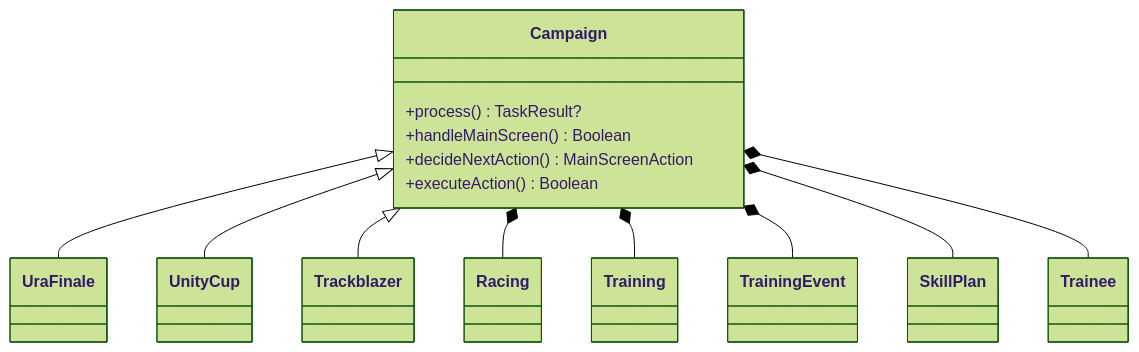
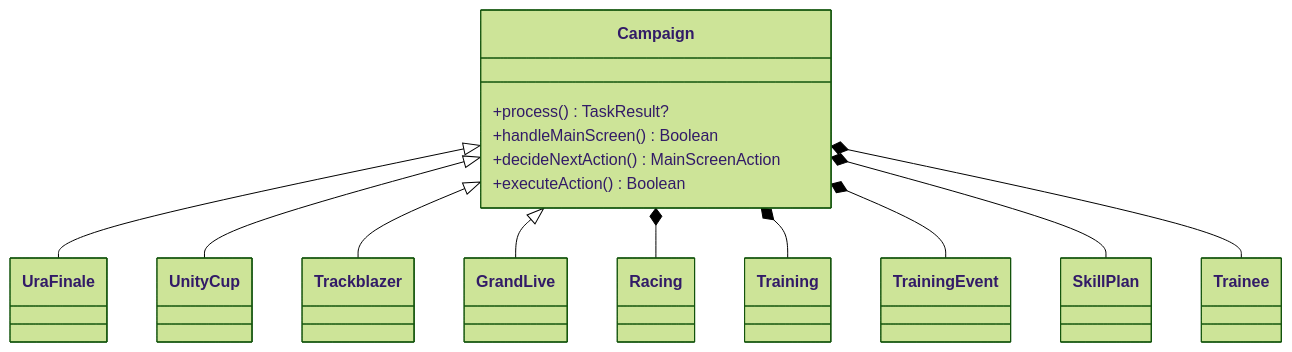
The first of 8 diagrams in HOW_IT_WORKS.md (Staticwitt/uma-android-automation), drawn with Mermaid (forest theme) before and after one commit. The commit also changed other lines of this file and 4 other files, not shown here.

First line of the commit message:
feat(scenarios): scaffold Grand Live scenario support

````diff
--- a/HOW_IT_WORKS.md
+++ b/HOW_IT_WORKS.md
@@ -38,17 +39,18 @@
 ```mermaid
 classDiagram
     class Campaign {
         +process() TaskResult?
         +handleMainScreen() Boolean
         +decideNextAction() MainScreenAction
         +executeAction() Boolean
     }
     Campaign <|-- UraFinale
     Campaign <|-- UnityCup
     Campaign <|-- Trackblazer
+    Campaign <|-- GrandLive
     Campaign *-- Racing
     Campaign *-- Training
     Campaign *-- TrainingEvent
     Campaign *-- SkillPlan
     Campaign *-- Trainee
 ```
````
